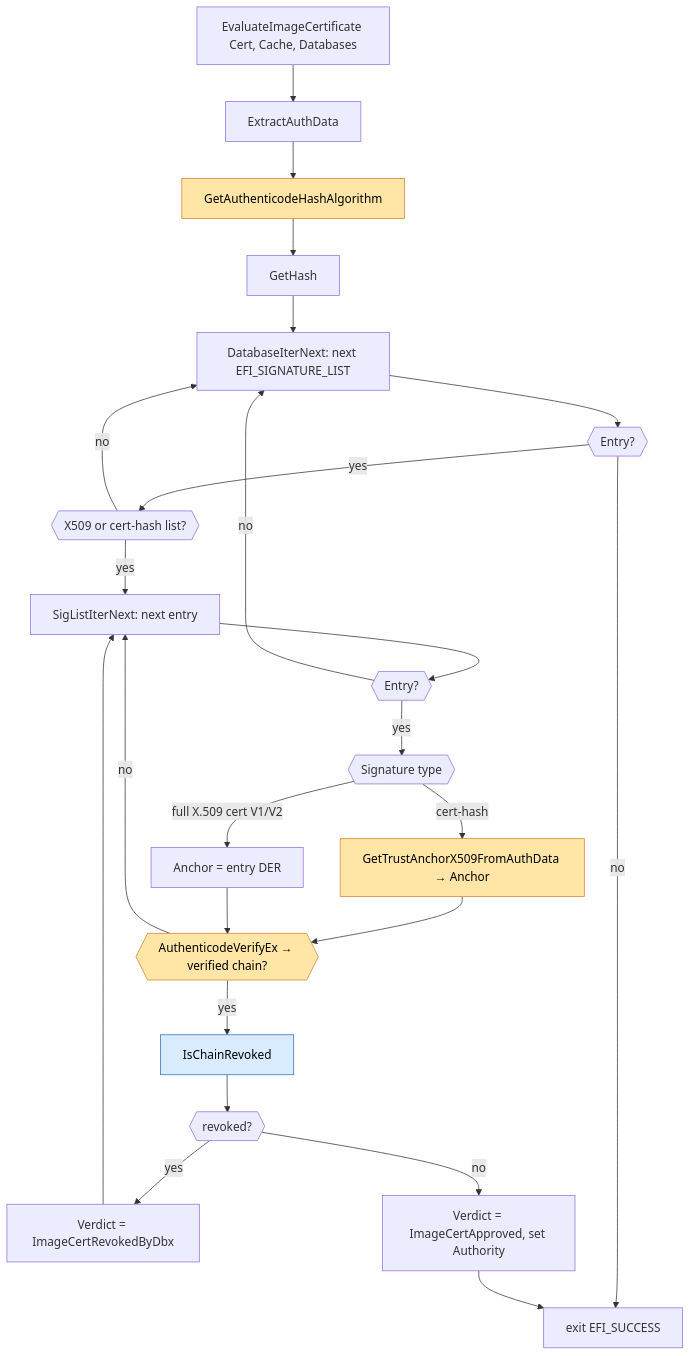
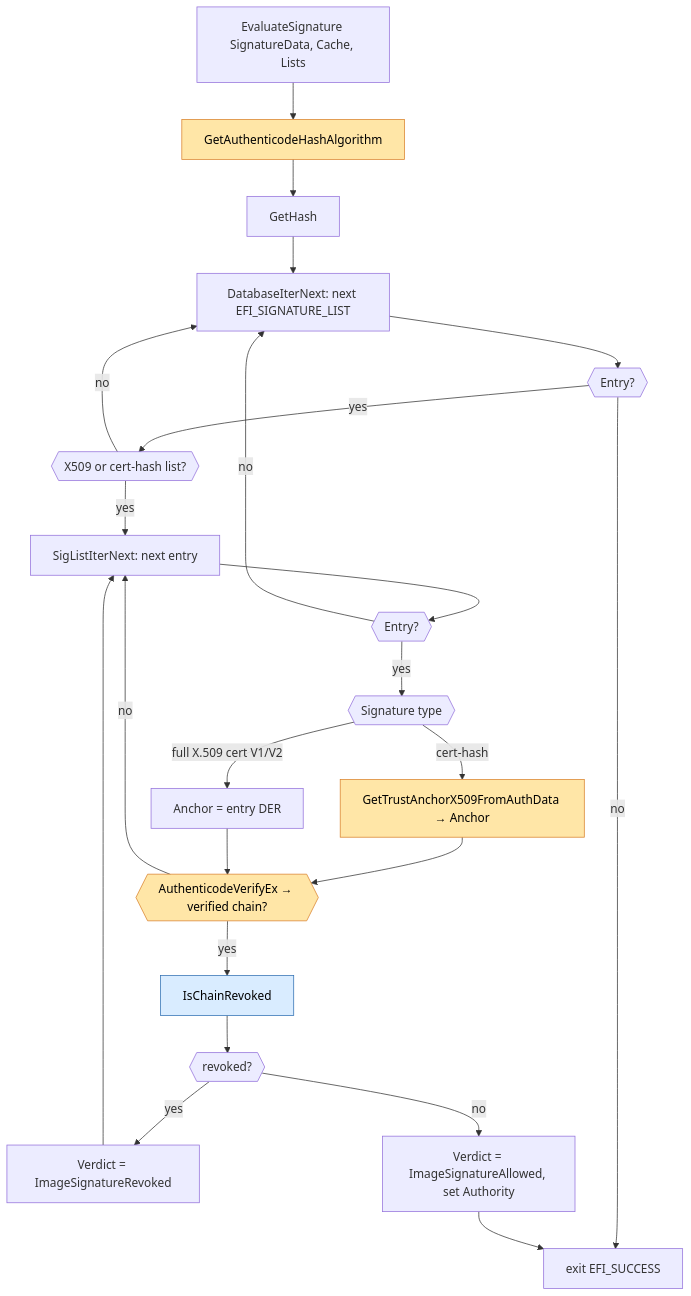
One commit to microsoft/mu_basecore changed the fourth of 5 diagrams in SecurityPkg/Library/DxeImageVerificationLib2/README.md. Above: the diagram before and after it, drawn with Mermaid. The commit also changed other lines of this file and 17 other files, not shown here.

````diff
--- a/SecurityPkg/Library/DxeImageVerificationLib2/README.md
+++ b/SecurityPkg/Library/DxeImageVerificationLib2/README.md
@@ -230,31 +234,30 @@
 ```mermaid
 flowchart TD
-    A[EvaluateImageCertificate Cert, Cache, Databases] --> P[ExtractAuthData]
-    P --> HA[GetAuthenticodeHashAlgorithm]
+    A[EvaluateSignature SignatureData, Cache, Lists] --> HA[GetAuthenticodeHashAlgorithm]
     HA --> GH[GetHash]
     GH --> DL[DatabaseIterNext: next EFI_SIGNATURE_LIST]
     DL --> DL1{{Entry?}}
     DL1 -- no --> EX[exit EFI_SUCCESS]
     DL1 -- yes --> TY{{X509 or cert-hash list?}}
     TY -- no --> DL
     TY -- yes --> EN[SigListIterNext: next entry]
     EN --> EN1{{Entry?}}
     EN1 -- no --> DL
     EN1 -- yes --> RT{{Signature type}}
     RT -- full X.509 cert V1/V2 --> AX[Anchor = entry DER]
     RT -- cert-hash --> GX[GetTrustAnchorX509FromAuthData → Anchor]
     GX --> AV
     AX --> AV{{AuthenticodeVerifyEx → verified chain?}}
     AV -- no --> EN
     AV -- yes --> CR[IsChainRevoked]
     CR --> CR1{{revoked?}}
-    CR1 -- yes --> REV[Verdict = ImageCertRevokedByDbx]
+    CR1 -- yes --> REV[Verdict = ImageSignatureRevoked]
     REV --> EN
-    CR1 -- no --> APP[Verdict = ImageCertApproved, set Authority]
+    CR1 -- no --> APP[Verdict = ImageSignatureAllowed, set Authority]
     APP --> EX
 
     classDef drill fill:#d9ecff,stroke:#2f6fb2,color:#000;
     class CR drill;
     classDef libclass fill:#ffe6a7,stroke:#d9822b,color:#000;
     class HA,GX,AV libclass;
 ```
````
